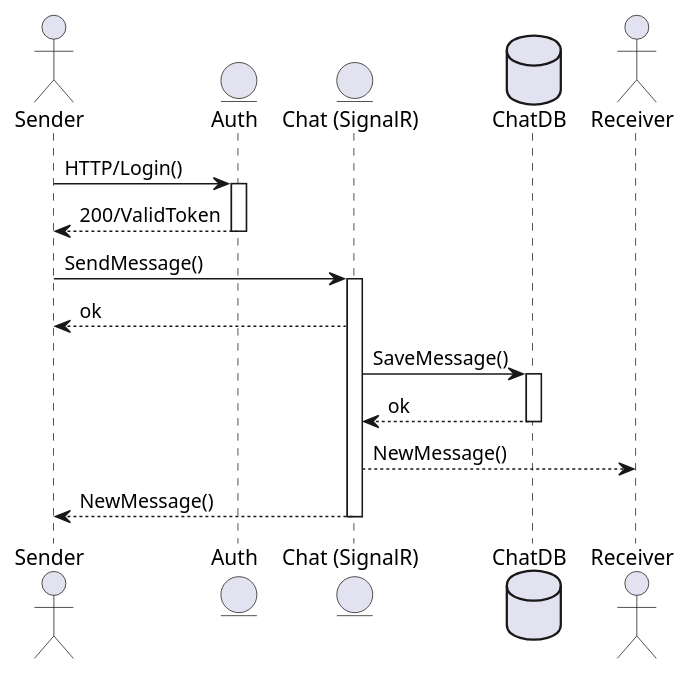
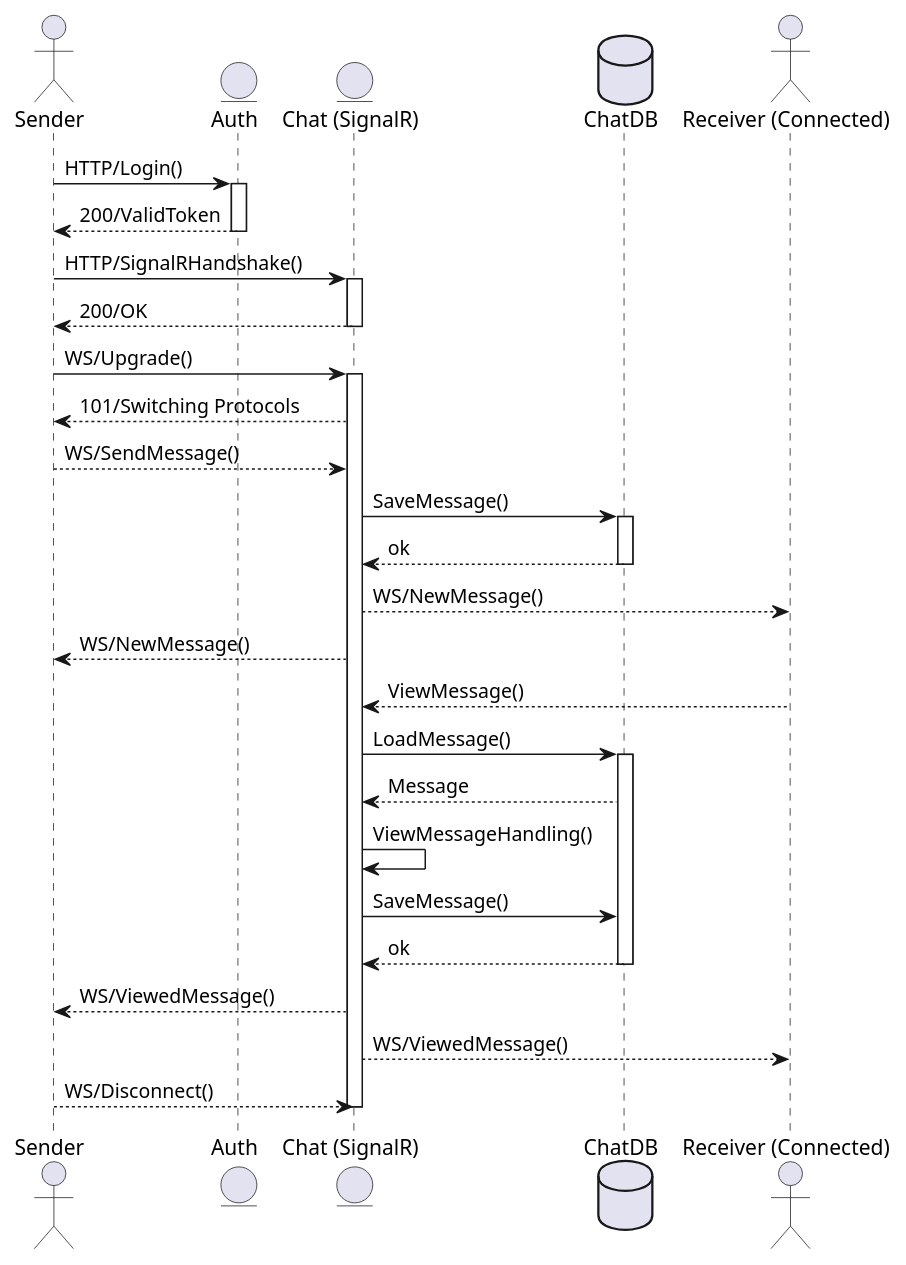
One commit to ldeluigi/microchat changed the third of 4 diagrams in docs/architecture/sequence-diagram.md. Above: the diagram before and after it, drawn with PlantUML.

Commit message:
Update sequence diagram with ws handshake

````diff
--- a/docs/architecture/sequence-diagram.md
+++ b/docs/architecture/sequence-diagram.md
@@ -100,23 +100,39 @@
 ```plantuml
 @startuml SendMessage
 actor Sender
 entity Auth
 entity "Chat (SignalR)" as Chat
 database ChatDB
-actor Receiver
+actor "Receiver (Connected)" as Receiver
 Sender -> Auth : HTTP/Login()
 activate Auth
 Auth -->  Sender : 200/ValidToken
 deactivate Auth
-Sender ->  Chat : SendMessage()
+Sender ->  Chat : HTTP/SignalRHandshake()
 activate Chat
-Chat -->  Sender : ok
+Chat -->  Sender : 200/OK
+deactivate Chat
+Sender ->  Chat : WS/Upgrade()
+activate Chat
+Chat -->  Sender : 101/Switching Protocols
+Sender -->  Chat : WS/SendMessage()
 Chat -> ChatDB : SaveMessage()
 activate ChatDB
 ChatDB --> Chat : ok
 deactivate ChatDB
-Chat --> Receiver : NewMessage()
-Chat --> Sender : NewMessage()
+Chat --> Receiver : WS/NewMessage()
+Chat --> Sender : WS/NewMessage()
+Receiver --> Chat : ViewMessage()
+Chat -> ChatDB : LoadMessage()
+activate ChatDB
+ChatDB --> Chat : Message
+Chat -> Chat : ViewMessageHandling()
+Chat -> ChatDB : SaveMessage()
+ChatDB --> Chat : ok
+deactivate ChatDB
+Chat --> Sender : WS/ViewedMessage()
+Chat --> Receiver : WS/ViewedMessage()
+Sender --> Chat : WS/Disconnect()
 deactivate Chat
 @enduml
 ```
````
